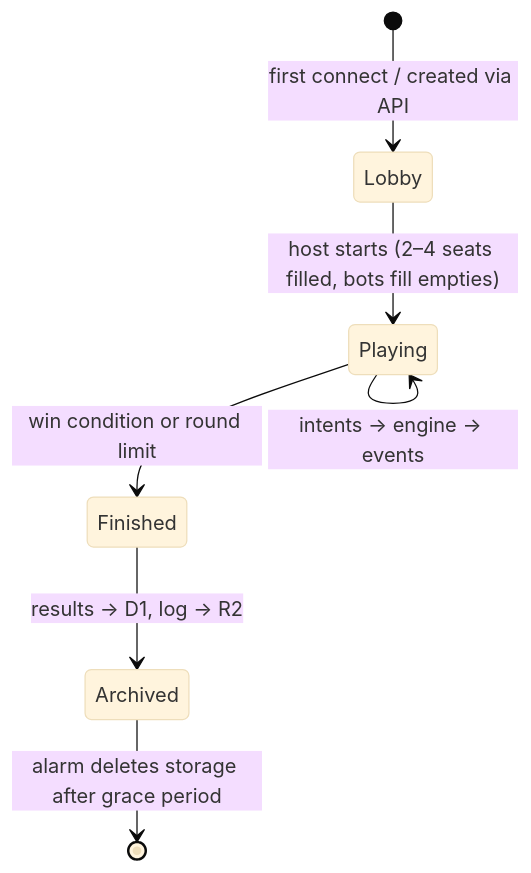
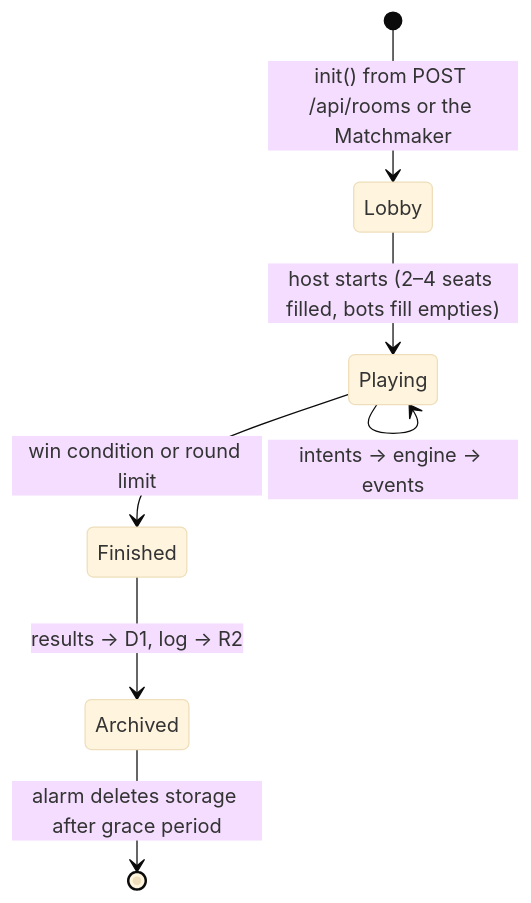
Before and after one commit to Rusutsu-Studios/Polytour: the second of 3 diagrams in docs/ARCHITECTURE.md, drawn with Mermaid (base theme). The commit also changed other lines of this file and 6 other files, not shown here.

````diff
--- a/docs/ARCHITECTURE.md
+++ b/docs/ARCHITECTURE.md
@@ -101,9 +104,9 @@
 ```mermaid
 stateDiagram-v2
-  [*] --> Lobby: first connect / created via API
+  [*] --> Lobby: init() from POST /api/rooms or the Matchmaker
   Lobby --> Playing: host starts (2–4 seats filled, bots fill empties)
   Playing --> Playing: intents → engine → events
   Playing --> Finished: win condition or round limit
   Finished --> Archived: results → D1, log → R2
   Archived --> [*]: alarm deletes storage after grace period
 ```
````
